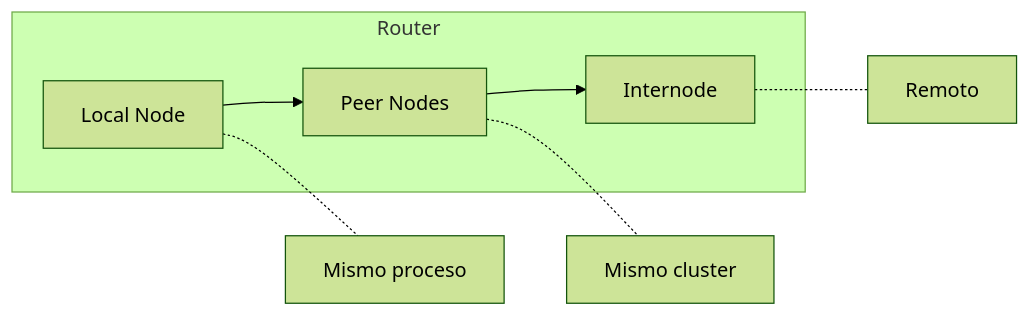
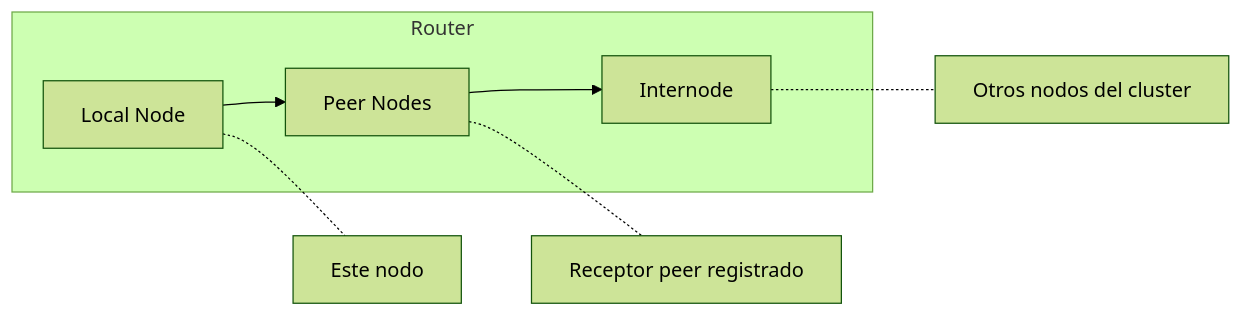
One commit to wippyai/docs changed the third of 3 diagrams in es/internals/architecture.md. Above: the diagram before and after it, drawn with Mermaid (forest theme). The commit also changed other lines of this file and 693 other files, not shown here.

````diff
--- a/es/internals/architecture.md
+++ b/es/internals/architecture.md
@@ -170,11 +169,11 @@
 ```mermaid
 flowchart LR
     subgraph Router
         Local[Local Node] --> Peer[Peer Nodes]
         Peer --> Inter[Internode]
     end
 
-    Local -.- L[Mismo proceso]
-    Peer -.- P[Mismo cluster]
-    Inter -.- I[Remoto]
+    Local -.- L[Este nodo]
+    Peer -.- P[Receptor peer registrado]
+    Inter -.- I[Otros nodos del cluster]
 ```
````
